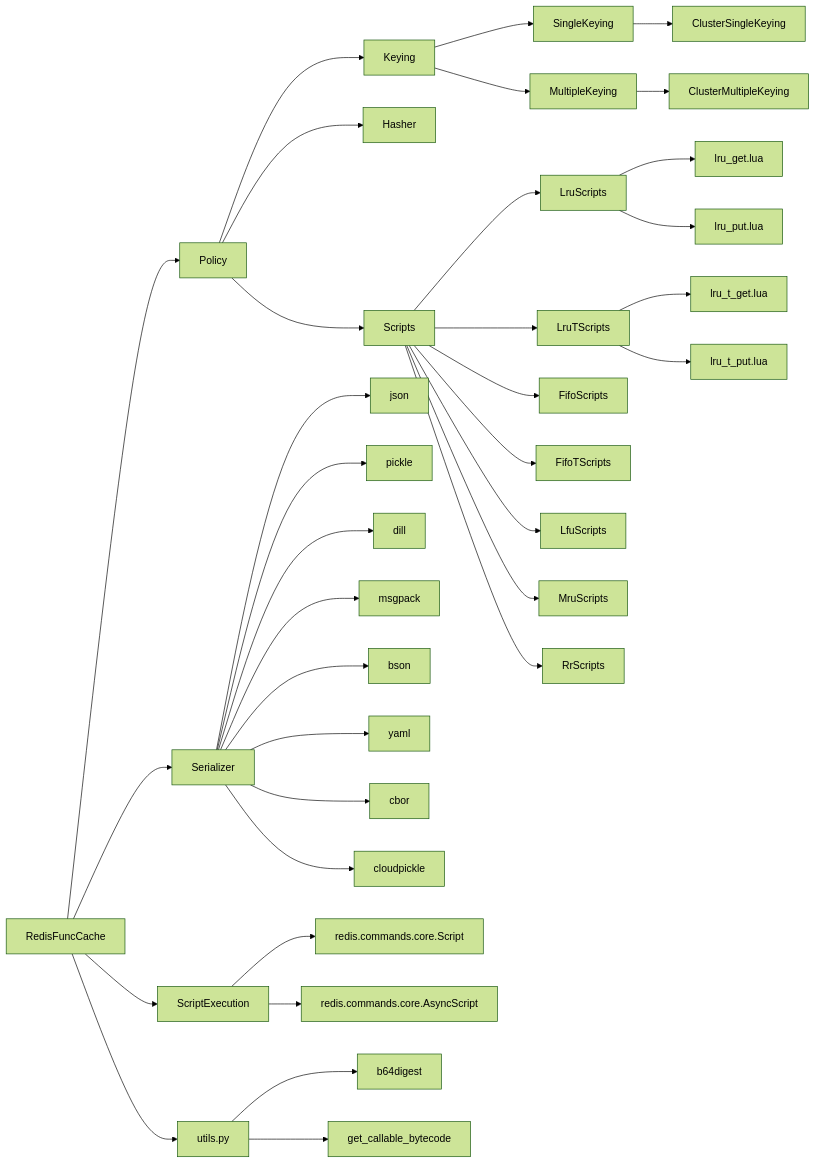
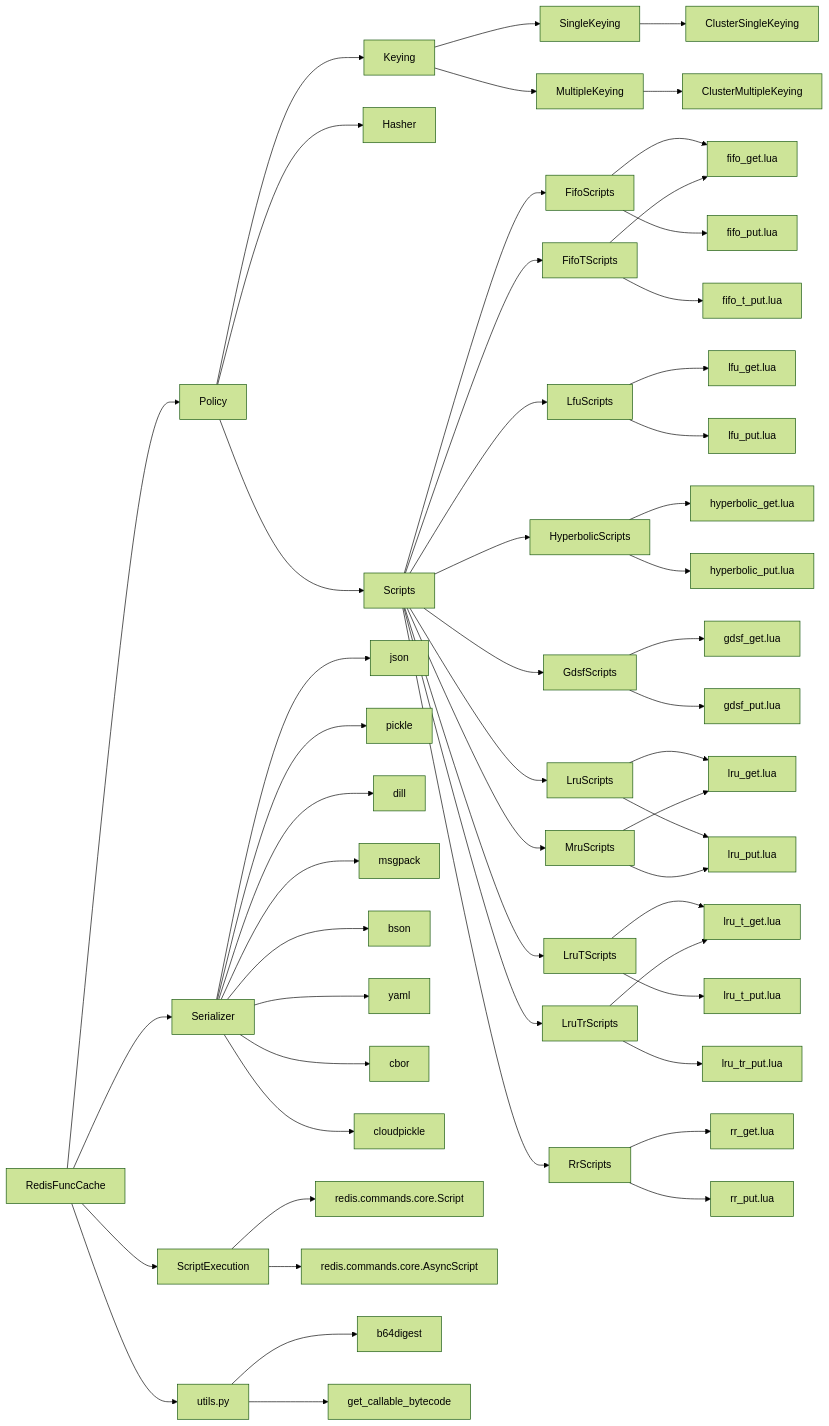
The first of 5 diagrams in CONTRIBUTING.md (tanbro/redis_func_cache), drawn with Mermaid (forest theme) before and after one commit. The commit also changed other lines of this file and 5 other files, not shown here.

First line of the commit message:
docs: diagram conventions and retrofit (AGENTS.md rules, README SVG, handler sequence diagrams)

````diff
--- a/CONTRIBUTING.md
+++ b/CONTRIBUTING.md
@@ -209,37 +210,56 @@
 ```mermaid
 graph LR
     RedisFuncCache --> Policy
     RedisFuncCache --> Serializer
     RedisFuncCache --> ScriptExecution
     Policy --> Keying
     Policy --> Hasher
     Policy --> Scripts
     Keying --> SingleKeying
     Keying --> MultipleKeying
     SingleKeying --> ClusterSingleKeying
     MultipleKeying --> ClusterMultipleKeying
-    Scripts --> LruScripts
-    Scripts --> LruTScripts
     Scripts --> FifoScripts
     Scripts --> FifoTScripts
     Scripts --> LfuScripts
+    Scripts --> HyperbolicScripts
+    Scripts --> GdsfScripts
+    Scripts --> LruScripts
+    Scripts --> LruTScripts
+    Scripts --> LruTrScripts
     Scripts --> MruScripts
     Scripts --> RrScripts
     LruScripts --> lru_get.lua
     LruScripts --> lru_put.lua
     LruTScripts --> lru_t_get.lua
     LruTScripts --> lru_t_put.lua
+    LruTrScripts --> lru_t_get.lua
+    LruTrScripts --> lru_tr_put.lua
+    MruScripts --> lru_get.lua
+    MruScripts --> lru_put.lua
+    FifoScripts --> fifo_get.lua
+    FifoScripts --> fifo_put.lua
+    FifoTScripts --> fifo_get.lua
+    FifoTScripts --> fifo_t_put.lua
+    LfuScripts --> lfu_get.lua
+    LfuScripts --> lfu_put.lua
+    HyperbolicScripts --> hyperbolic_get.lua
+    HyperbolicScripts --> hyperbolic_put.lua
+    GdsfScripts --> gdsf_get.lua
+    GdsfScripts --> gdsf_put.lua
+    RrScripts --> rr_get.lua
+    RrScripts --> rr_put.lua
     Serializer --> json
     Serializer --> pickle
     Serializer --> dill
     Serializer --> msgpack
     Serializer --> bson
     Serializer --> yaml
     Serializer --> cbor
     Serializer --> cloudpickle
     ScriptExecution --> redis.commands.core.Script
     ScriptExecution --> redis.commands.core.AsyncScript
     RedisFuncCache --> utils.py
     utils.py --> b64digest
     utils.py --> get_callable_bytecode
 ```
````
